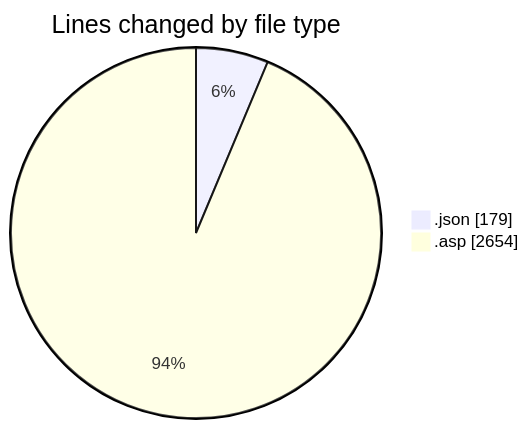
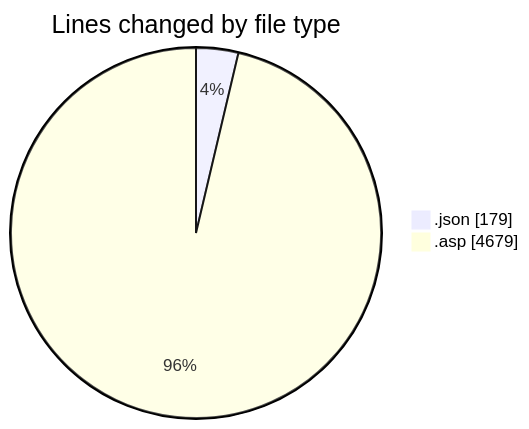
The first of 2 diagrams in 2025-11-17/cdp_aleoudev_fr__workspace_/README.md (julien-gomy/code-tracking), drawn with Mermaid before and after one commit. The commit also changed other lines of this file and 1 other file, not shown here.

````diff
--- a/2025-11-17/cdp_aleoudev_fr__workspace_/README.md
+++ b/2025-11-17/cdp_aleoudev_fr__workspace_/README.md
@@ -22,6 +23,6 @@
 ```mermaid
 pie showData
 title Lines changed by file type
 ".json" : 179
-".asp" : 2654
+".asp" : 4679
 ```
````
